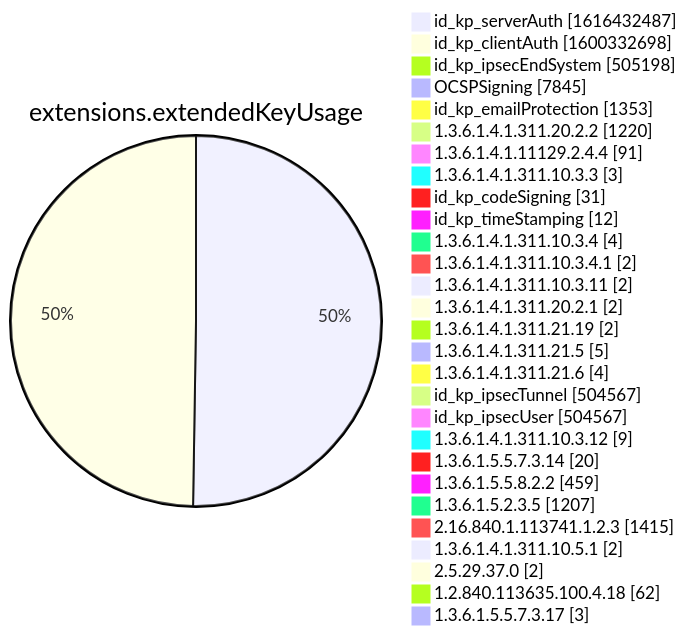
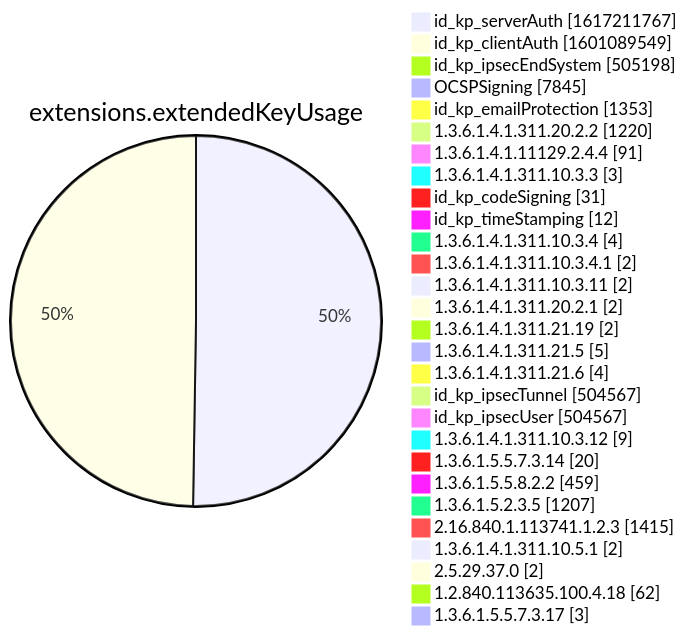
One commit to christiankrug/ctmonitor_visualization changed diagram 12 of 15 in xenon2022/README.md. Above: the diagram before and after it, drawn with Mermaid. The commit also changed other lines of this file, not shown here.

````diff
--- a/xenon2022/README.md
+++ b/xenon2022/README.md
@@ -3885,32 +3885,32 @@
 ```mermaid
 pie showData
 title extensions.extendedKeyUsage
-"id_kp_serverAuth" :1616432487
-"id_kp_clientAuth" :1600332698
+"id_kp_serverAuth" :1617211767
+"id_kp_clientAuth" :1601089549
 "id_kp_ipsecEndSystem" :505198
 "OCSPSigning" :7845
 "id_kp_emailProtection" :1353
 "1.3.6.1.4.1.311.20.2.2" :1220
 "1.3.6.1.4.1.11129.2.4.4" :91
 "1.3.6.1.4.1.311.10.3.3" :3
 "id_kp_codeSigning" :31
 "id_kp_timeStamping" :12
 "1.3.6.1.4.1.311.10.3.4" :4
 "1.3.6.1.4.1.311.10.3.4.1" :2
 "1.3.6.1.4.1.311.10.3.11" :2
 "1.3.6.1.4.1.311.20.2.1" :2
 "1.3.6.1.4.1.311.21.19" :2
 "1.3.6.1.4.1.311.21.5" :5
 "1.3.6.1.4.1.311.21.6" :4
 "id_kp_ipsecTunnel" :504567
 "id_kp_ipsecUser" :504567
 "1.3.6.1.4.1.311.10.3.12" :9
 "1.3.6.1.5.5.7.3.14" :20
 "1.3.6.1.5.5.8.2.2" :459
 "1.3.6.1.5.2.3.5" :1207
 "2.16.840.1.113741.1.2.3" :1415
 "1.3.6.1.4.1.311.10.5.1" :2
 "2.5.29.37.0" :2
 "1.2.840.113635.100.4.18" :62
 "1.3.6.1.5.5.7.3.17" :3
 ```
````
